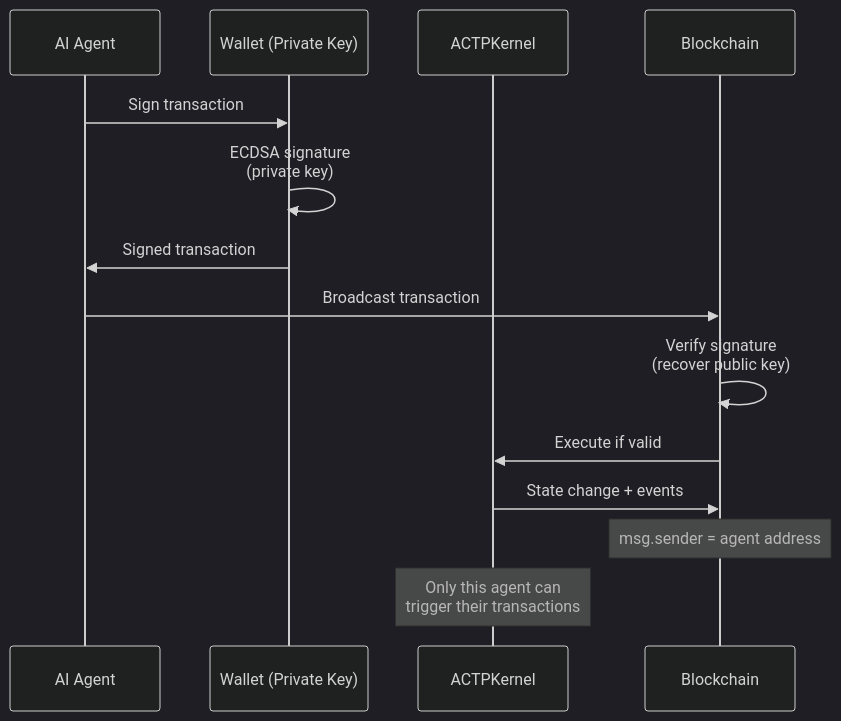
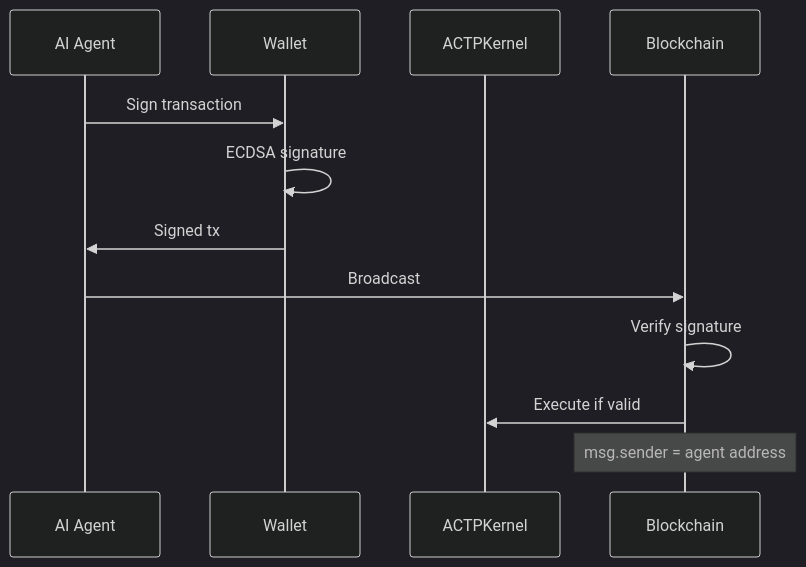
The diagram in docs/concepts/agent-identity.md (agirails/docs), drawn with Mermaid (dark theme) before and after one commit. The commit also changed other lines of this file and 2 other files, not shown here.

First line of the commit message:
docs(concepts): upgrade escrow-mechanism, agent-identity, fee-model to new style

````diff
--- a/docs/concepts/agent-identity.md
+++ b/docs/concepts/agent-identity.md
@@ -45,18 +62,16 @@
 ```mermaid
 sequenceDiagram
     participant A as AI Agent
-    participant W as Wallet (Private Key)
+    participant W as Wallet
     participant K as ACTPKernel
     participant B as Blockchain
 
     A->>W: Sign transaction
-    W->>W: ECDSA signature<br/>(private key)
-    W->>A: Signed transaction
-    A->>B: Broadcast transaction
-    B->>B: Verify signature<br/>(recover public key)
+    W->>W: ECDSA signature
+    W->>A: Signed tx
+    A->>B: Broadcast
+    B->>B: Verify signature
     B->>K: Execute if valid
-    K->>B: State change + events
 
     Note over B: msg.sender = agent address
-    Note over K: Only this agent can<br/>trigger their transactions
 ```
````
